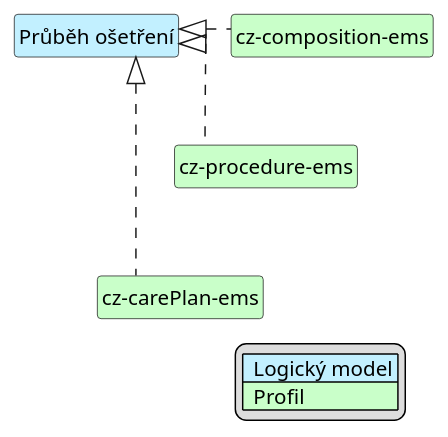
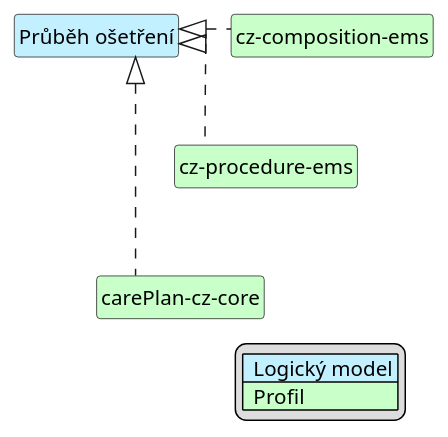
Before and after one commit to HL7-cz/cz-ems: the diagram in input/images-source/emsCourseOf-map-cs.plantuml, drawn with PlantUML. The commit also changed 23 other files, not shown here.

```diff
--- a/input/images-source/emsCourseOf-map-cs.plantuml
+++ b/input/images-source/emsCourseOf-map-cs.plantuml
@@ -1,29 +1,29 @@
 @startuml
 hide circle
 hide stereotype
 hide members
 hide methods
 skinparam linetype ortho
 skinparam class {
 BackgroundColor<<LogicalModel>> #APPLICATION
 BackgroundColor<<Profile>> #TECHNOLOGY
 }
 legend right
 | <#APPLICATION>  Logický model |
 | <#TECHNOLOGY>  Profil |
 endlegend
 
 class "Průběh ošetření" <<LogicalModel>> [[StructureDefinition-LogRecommendationsCz.html]]
 
 class "cz-composition-ems" <<Profile>> [[StructureDefinition-cz-composition-ems.html]]
 class "cz-procedure-ems" <<Profile>> [[StructureDefinition-cz-procedure-ems.html]]
-class "cz-carePlan-ems" <<Profile>> [[StructureDefinition-cz-carePlan-ems.html]]
+class "carePlan-cz-core" <<Profile>> [[https://build.fhir.org/ig/HL7-cz/cz-core/StructureDefinition-carePlan-cz-core.html]]
 
 "Průběh ošetření" <|. "cz-composition-ems"
 "Průběh ošetření" <|. "cz-procedure-ems"
-"Průběh ošetření" <|. "cz-carePlan-ems"
+"Průběh ošetření" <|. "carePlan-cz-core"
 
 "cz-composition-ems" -d[hidden]-> "cz-procedure-ems"
-"cz-procedure-ems" -d[hidden]-> "cz-carePlan-ems"
+"cz-procedure-ems" -d[hidden]-> "carePlan-cz-core"
 
 @enduml
```
